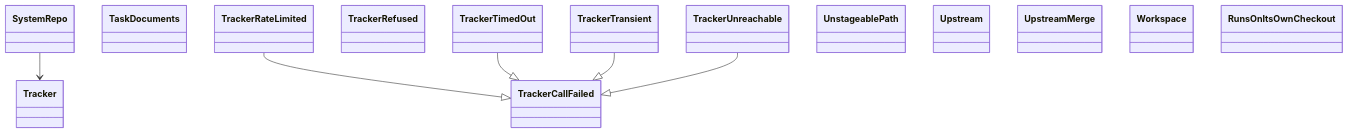
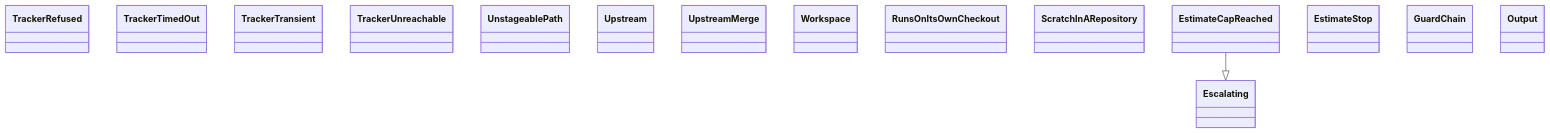
One commit to GonzaloZevallos/agentic-system changed the diagram in docs/architecture/generated/classes-process-application-support-7.md. Above: the diagram before and after it, drawn with Mermaid. The commit also changed other lines of this file and 18 other files, not shown here.

````diff
--- a/docs/architecture/generated/classes-process-application-support-7.md
+++ b/docs/architecture/generated/classes-process-application-support-7.md
@@ -20,22 +20,19 @@
 ```mermaid
 classDiagram
-    class ports__SystemRepo["SystemRepo"]
-    class ports__TaskDocuments["TaskDocuments"]
-    class ports__Tracker["Tracker"]
-    class ports__TrackerCallFailed["TrackerCallFailed"]
-    class ports__TrackerRateLimited["TrackerRateLimited"]
     class ports__TrackerRefused["TrackerRefused"]
     class ports__TrackerTimedOut["TrackerTimedOut"]
     class ports__TrackerTransient["TrackerTransient"]
     class ports__TrackerUnreachable["TrackerUnreachable"]
     class ports__UnstageablePath["UnstageablePath"]
     class ports__Upstream["Upstream"]
     class ports__UpstreamMerge["UpstreamMerge"]
     class ports__Workspace["Workspace"]
     class preflight__RunsOnItsOwnCheckout["RunsOnItsOwnCheckout"]
-    ports__SystemRepo --> ports__Tracker
-    ports__TrackerRateLimited --|> ports__TrackerCallFailed
-    ports__TrackerTimedOut --|> ports__TrackerCallFailed
-    ports__TrackerTransient --|> ports__TrackerCallFailed
-    ports__TrackerUnreachable --|> ports__TrackerCallFailed
+    class preflight__ScratchInARepository["ScratchInARepository"]
+    class run_role__Escalating["Escalating"]
+    class run_role__EstimateCapReached["EstimateCapReached"]
+    class run_role__EstimateStop["EstimateStop"]
+    class run_role__GuardChain["GuardChain"]
+    class run_role__Output["Output"]
+    run_role__EstimateCapReached --|> run_role__Escalating
 ```
````
